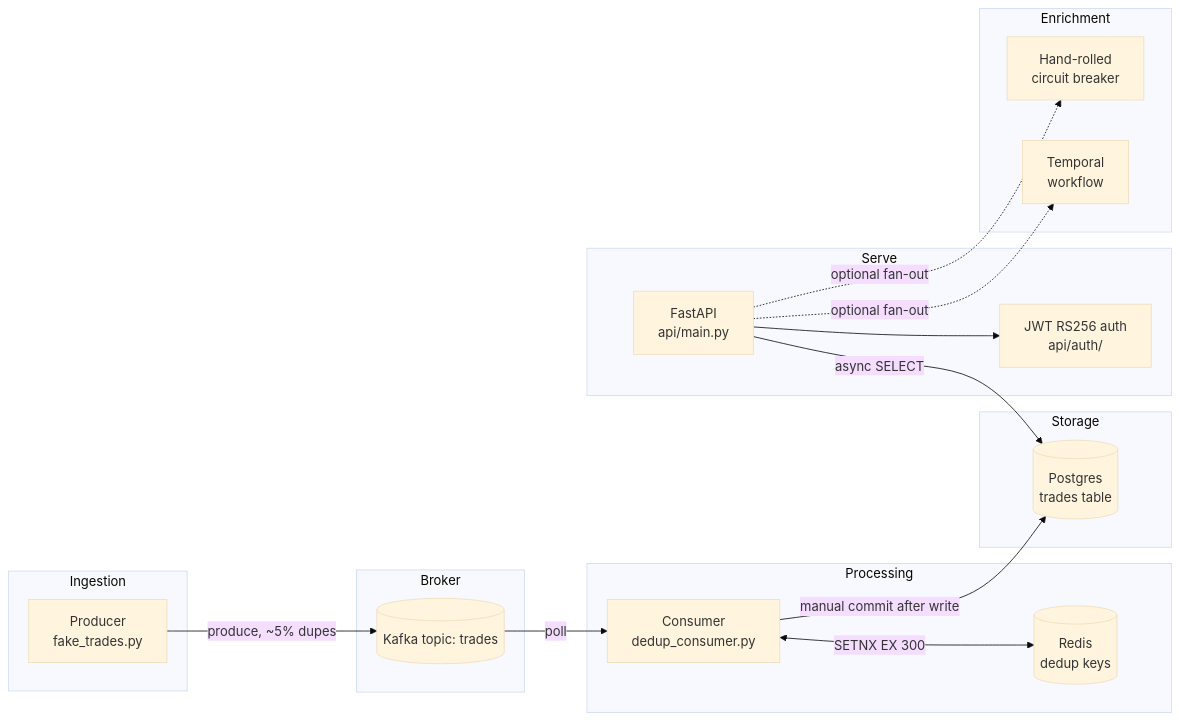
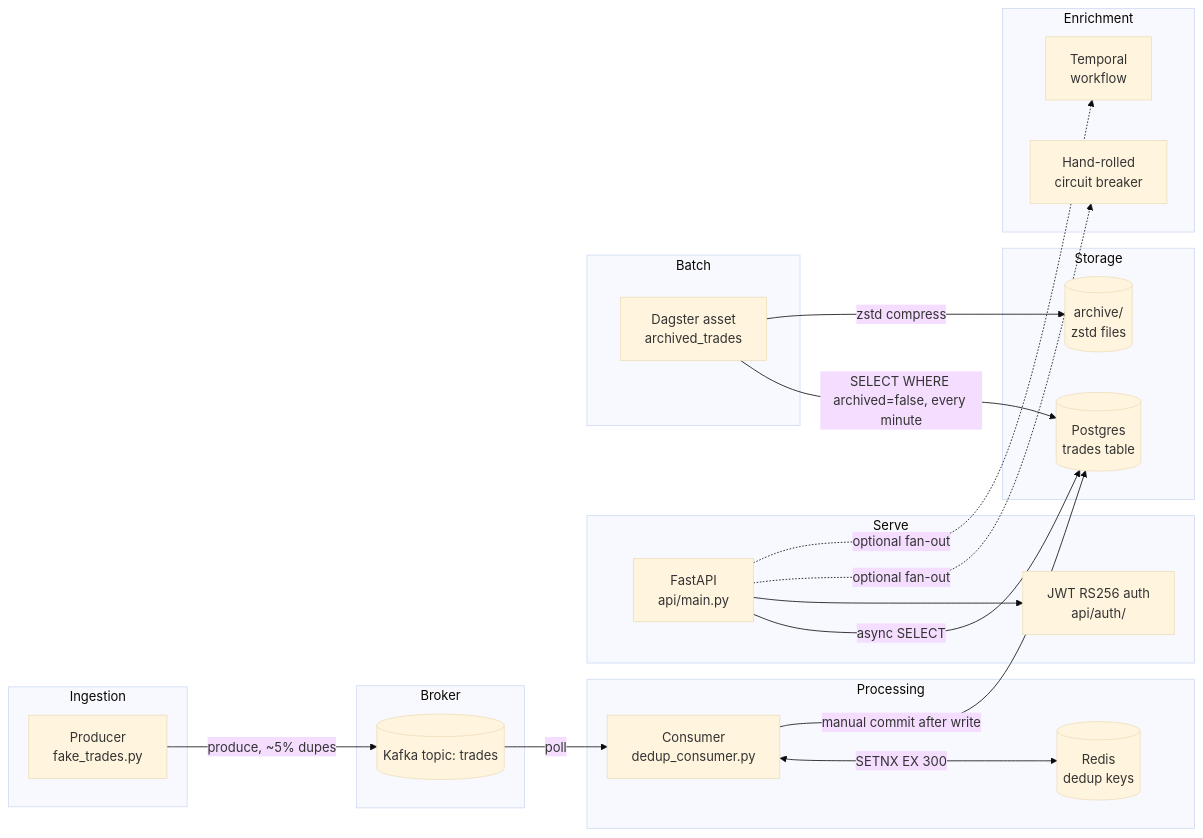
One commit to rajubhimani/trade-pipeline changed the diagram in docs/walkthrough/README.md. Above: the diagram before and after it, drawn with Mermaid (base theme). The commit also changed other lines of this file and 16 other files, not shown here.

````diff
--- a/docs/walkthrough/README.md
+++ b/docs/walkthrough/README.md
@@ -28,40 +29,48 @@
 ```mermaid
 flowchart LR
     subgraph Ingestion
         P[Producer<br/>fake_trades.py]
     end
     subgraph Broker
         K[(Kafka topic: trades)]
     end
     subgraph Processing
         C[Consumer<br/>dedup_consumer.py]
         R[(Redis<br/>dedup keys)]
     end
     subgraph Storage
         PG[(Postgres<br/>trades table)]
+        ARC[(archive/<br/>zstd files)]
     end
     subgraph Serve
         API[FastAPI<br/>api/main.py]
         AUTH[JWT RS256 auth<br/>api/auth/]
     end
     subgraph Enrichment
         HR[Hand-rolled<br/>circuit breaker]
         TW[Temporal<br/>workflow]
+    end
+    subgraph Batch
+        DAG[Dagster asset<br/>archived_trades]
     end
 
     P -->|produce, ~5% dupes| K
     K -->|poll| C
     C <-->|SETNX EX 300| R
     C -->|manual commit after write| PG
     API -->|async SELECT| PG
     API --> AUTH
     API -.optional fan-out.-> HR
     API -.optional fan-out.-> TW
+    DAG -->|SELECT WHERE archived=false, every minute| PG
+    DAG -->|zstd compress| ARC
 
     click P "02-producer.md" "Producer walkthrough"
     click C "03-consumer-and-storage.md" "Consumer walkthrough"
     click PG "03-consumer-and-storage.md" "Storage walkthrough"
     click API "04-api-and-auth.md" "API walkthrough"
     click HR "05-enrichment.md" "Enrichment walkthrough"
     click TW "05-enrichment.md" "Enrichment walkthrough"
+    click DAG "06-dagster-archival.md" "Dagster archival walkthrough"
+    click ARC "06-dagster-archival.md" "Dagster archival walkthrough"
 ```
````
